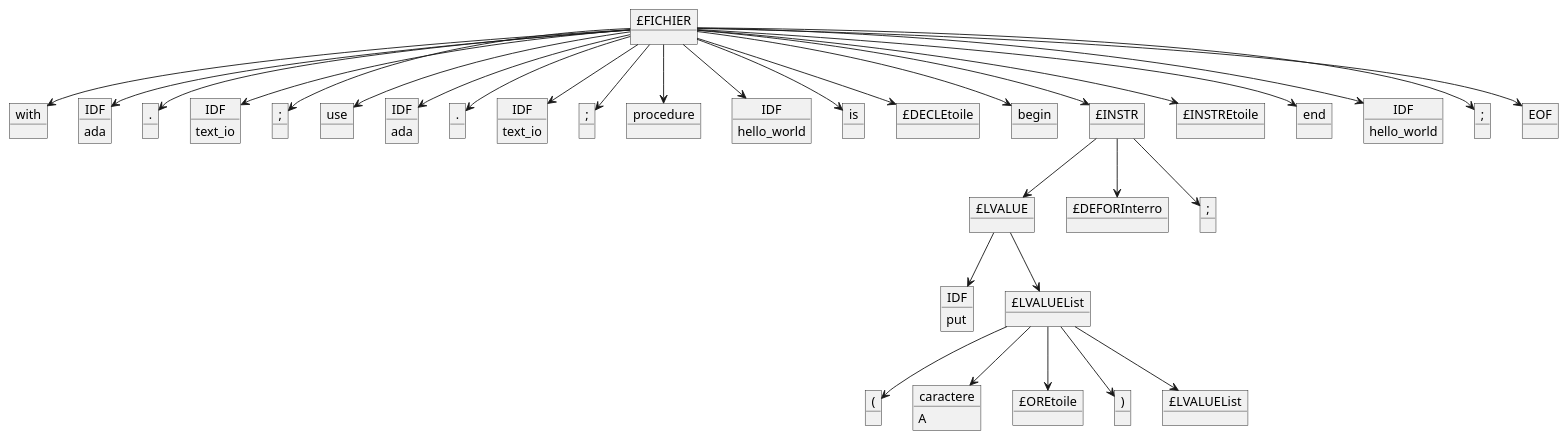
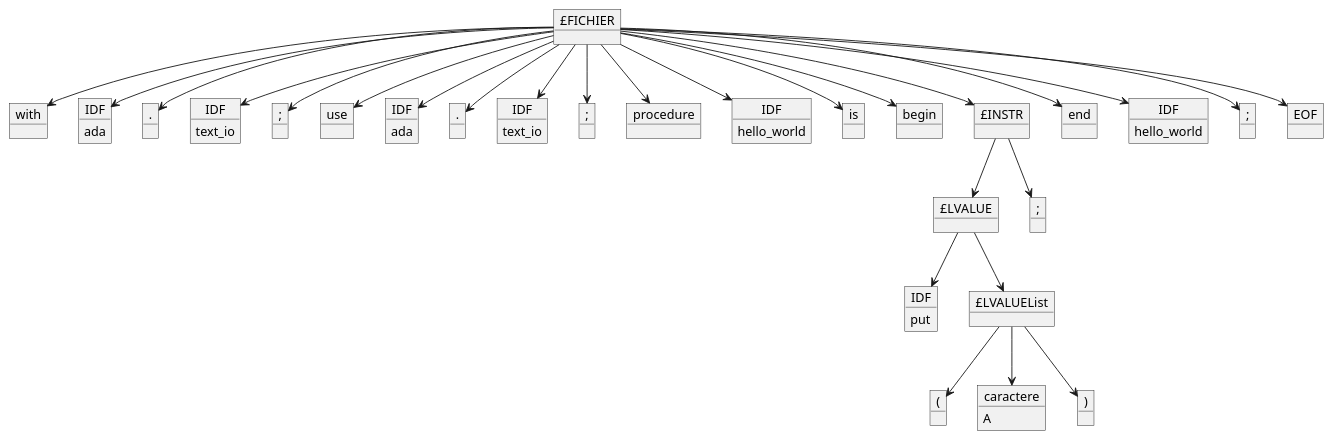
Before and after one commit to LeBoufty/pcl: the diagram in Programmes/Fonctionne/hello_world.adb.puml, drawn with PlantUML. The commit also changed 2 other files, not shown here.

```diff
--- a/Programmes/Fonctionne/hello_world.adb.puml
+++ b/Programmes/Fonctionne/hello_world.adb.puml
@@ -1,73 +1,63 @@
 @startuml Arbre_Syntaxique
 object "£FICHIER" as 1
 object "with" as 2
 object "IDF" as 3
 3 : ada
 object "." as 4
 object "IDF" as 5
 5 : text_io
 object ";" as 6
 object "use" as 7
 object "IDF" as 8
 8 : ada
 object "." as 9
 object "IDF" as 10
 10 : text_io
 object ";" as 11
 object "procedure" as 12
 object "IDF" as 13
 13 : hello_world
 object "is" as 14
-object "£DECLEtoile" as 15
-object "begin" as 16
-object "£INSTR" as 17
-object "£INSTREtoile" as 18
-object "end" as 19
-object "IDF" as 20
-20 : hello_world
-object ";" as 21
-object "EOF" as 22
-object "£LVALUE" as 23
-object "£DEFORInterro" as 24
-object ";" as 25
-object "IDF" as 26
-26 : put
-object "£LVALUEList" as 27
-object "(" as 28
-object "caractere" as 29
-29 : A
-object "£OREtoile" as 30
-object ")" as 31
-object "£LVALUEList" as 32
+object "begin" as 15
+object "£INSTR" as 16
+object "end" as 17
+object "IDF" as 18
+18 : hello_world
+object ";" as 19
+object "EOF" as 20
+object "£LVALUE" as 21
+object ";" as 22
+object "IDF" as 23
+23 : put
+object "£LVALUEList" as 24
+object "(" as 25
+object "caractere" as 26
+26 : A
+object ")" as 27
 1 -down-> 2
 1 -down-> 3
 1 -down-> 4
 1 -down-> 5
 1 -down-> 6
 1 -down-> 7
 1 -down-> 8
 1 -down-> 9
 1 -down-> 10
 1 -down-> 11
 1 -down-> 12
 1 -down-> 13
 1 -down-> 14
 1 -down-> 15
 1 -down-> 16
 1 -down-> 17
 1 -down-> 18
 1 -down-> 19
 1 -down-> 20
-1 -down-> 21
-1 -down-> 22
-17 -down-> 23
-17 -down-> 24
-17 -down-> 25
-23 -down-> 26
-23 -down-> 27
-27 -down-> 28
-27 -down-> 29
-27 -down-> 30
-27 -down-> 31
-27 -down-> 32
+16 -down-> 21
+16 -down-> 22
+21 -down-> 23
+21 -down-> 24
+24 -down-> 25
+24 -down-> 26
+24 -down-> 27
 @enduml
```
